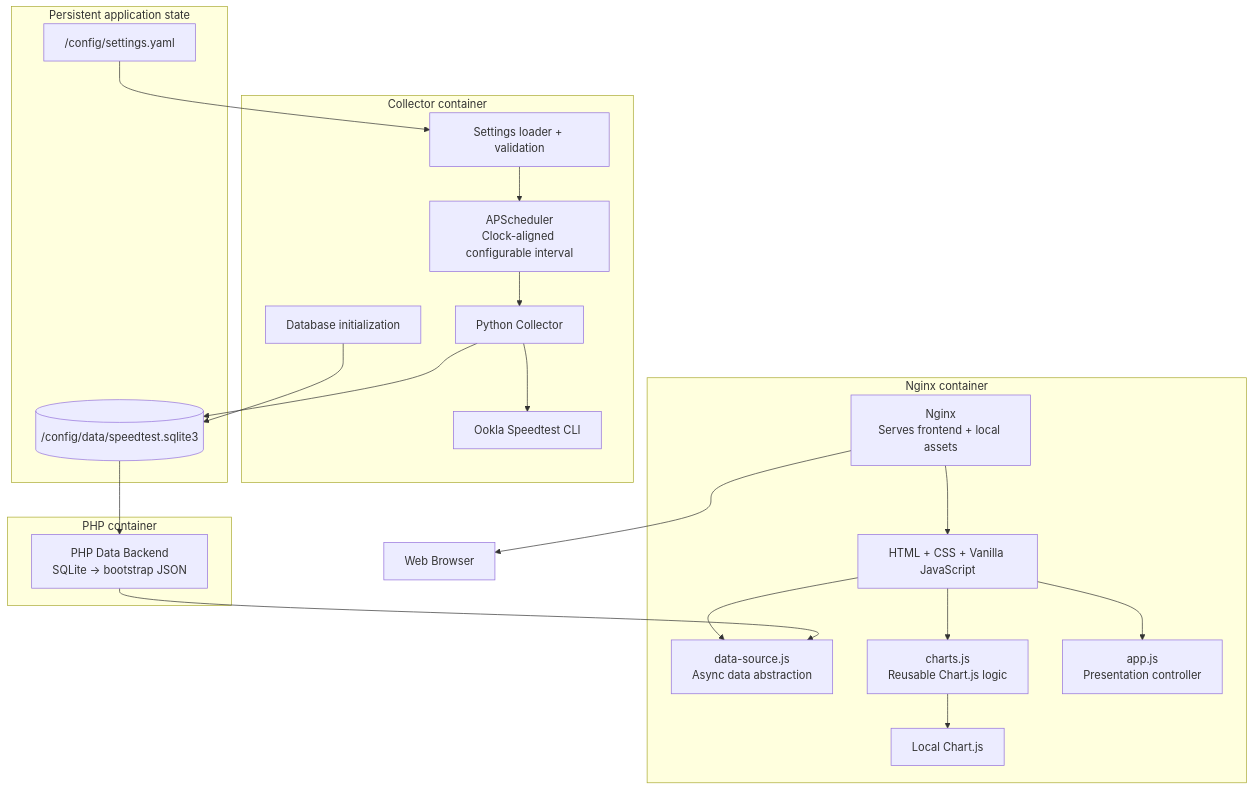
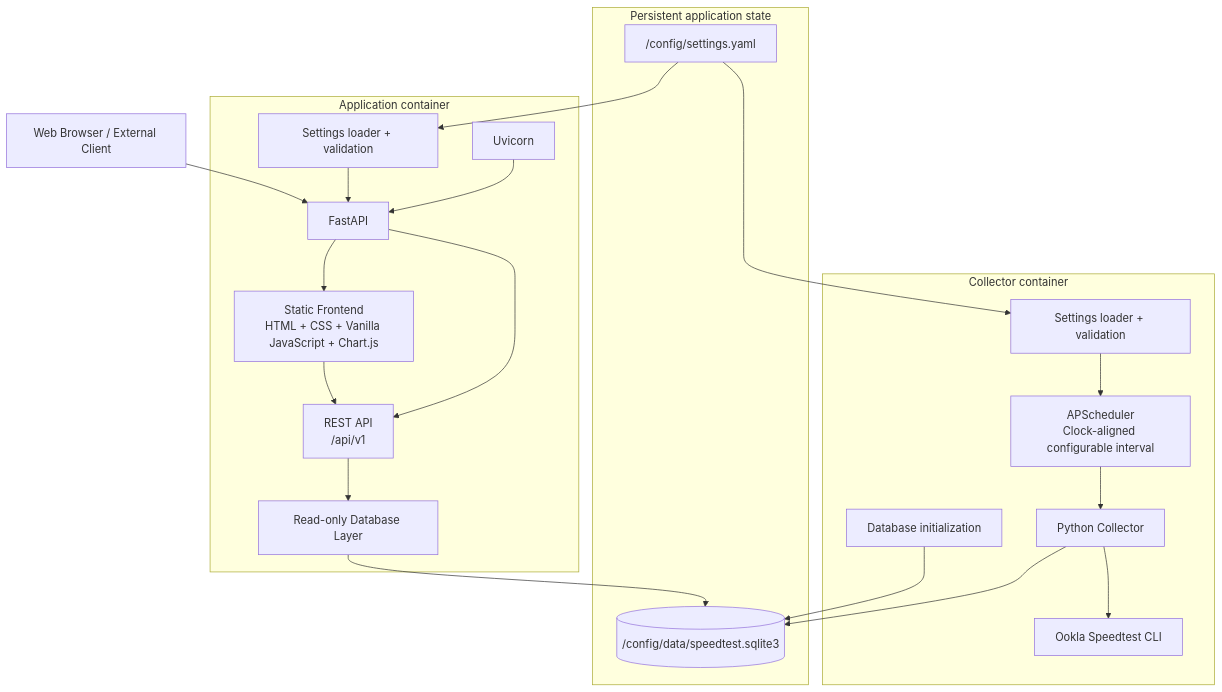
The first of 2 diagrams in README.md (cristianCanek/speed_test), drawn with Mermaid before and after one commit. The commit also changed other lines of this file and 6 other files, not shown here.

````diff
--- a/README.md
+++ b/README.md
@@ -100,48 +110,47 @@
 ```mermaid
 flowchart TB
+    Browser["Web Browser / External Client"]
+
+    subgraph ApplicationContainer["Application container"]
+        AppSettings["Settings loader + validation"]
+        Uvicorn["Uvicorn"]
+        FastAPI["FastAPI"]
+        Frontend["Static Frontend<br/>HTML + CSS + Vanilla JavaScript + Chart.js"]
+        API["REST API<br/>/api/v1"]
+        Database["Read-only Database Layer"]
+
+        Uvicorn --> FastAPI
+        FastAPI --> Frontend
+        FastAPI --> API
+        AppSettings --> FastAPI
+        Frontend --> API
+        API --> Database
+    end
+
+    subgraph CollectorContainer["Collector container"]
+        CollectorSettings["Settings loader + validation"]
+        Scheduler["APScheduler<br/>Clock-aligned configurable interval"]
+        Collector["Python Collector"]
+        Ookla["Ookla Speedtest CLI"]
+        DBInit["Database initialization"]
+
+        CollectorSettings --> Scheduler
+        Scheduler --> Collector
+        Collector --> Ookla
+    end
 
     subgraph PersistentState["Persistent application state"]
         Config["/config/settings.yaml"]
         SQLite[("/config/data/speedtest.sqlite3")]
     end
 
-    subgraph CollectorContainer["Collector container"]
-        Settings["Settings loader + validation"]
-        Scheduler["APScheduler<br/>Clock-aligned configurable interval"]
-        Collector["Python Collector"]
-        Ookla["Ookla Speedtest CLI"]
-        DBInit["Database initialization"]
+    Browser --> FastAPI
 
-        Settings --> Scheduler
-        Scheduler --> Collector
-        Collector --> Ookla
-    end
+    Config --> AppSettings
+    Config --> CollectorSettings
 
-    subgraph PHPContainer["PHP container"]
-        PHP["PHP Data Backend<br/>SQLite → bootstrap JSON"]
-    end
+    Database --> SQLite
 
-    subgraph NginxContainer["Nginx container"]
-        Nginx["Nginx<br/>Serves frontend + local assets"]
-        Frontend["HTML + CSS + Vanilla JavaScript"]
-        DataSource["data-source.js<br/>Async data abstraction"]
-        Charts["charts.js<br/>Reusable Chart.js logic"]
-        App["app.js<br/>Presentation controller"]
-        ChartJS["Local Chart.js"]
-
-        Nginx --> Frontend
-        Frontend --> DataSource
-        Frontend --> Charts
-        Frontend --> App
-        Charts --> ChartJS
-    end
-
-    Browser["Web Browser"]
-
-    Config --> Settings
+    Collector --> SQLite
     DBInit --> SQLite
-    Collector --> SQLite
-    SQLite --> PHP
-    PHP --> DataSource
-    Nginx --> Browser
 ```
````
